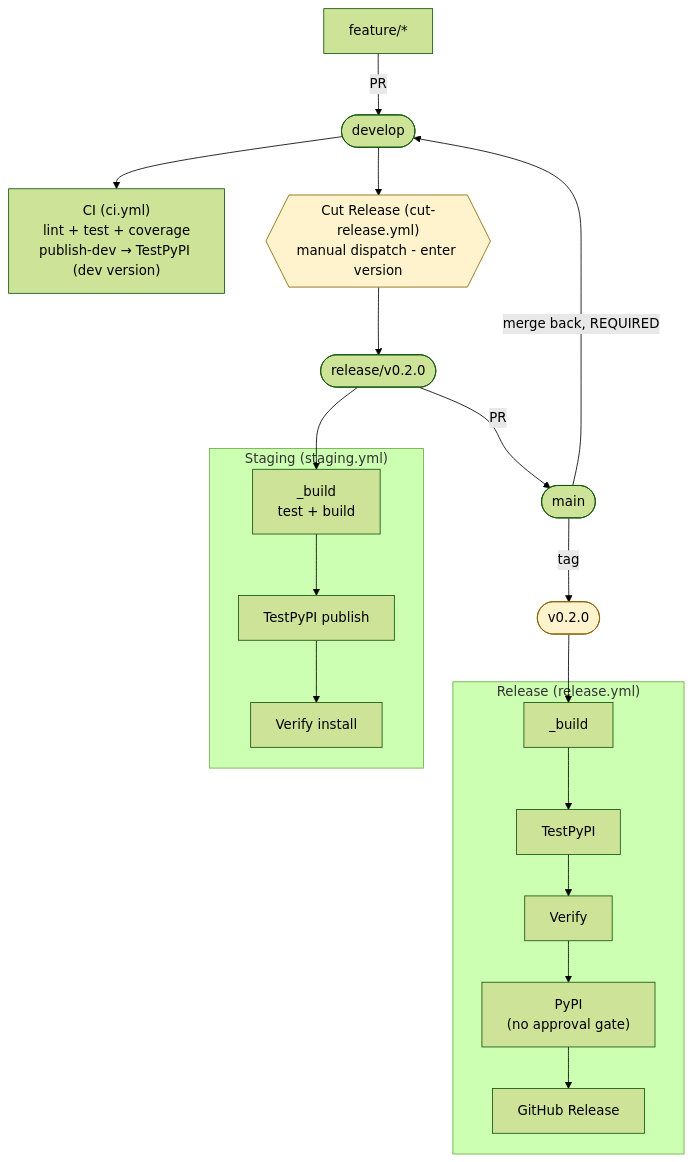
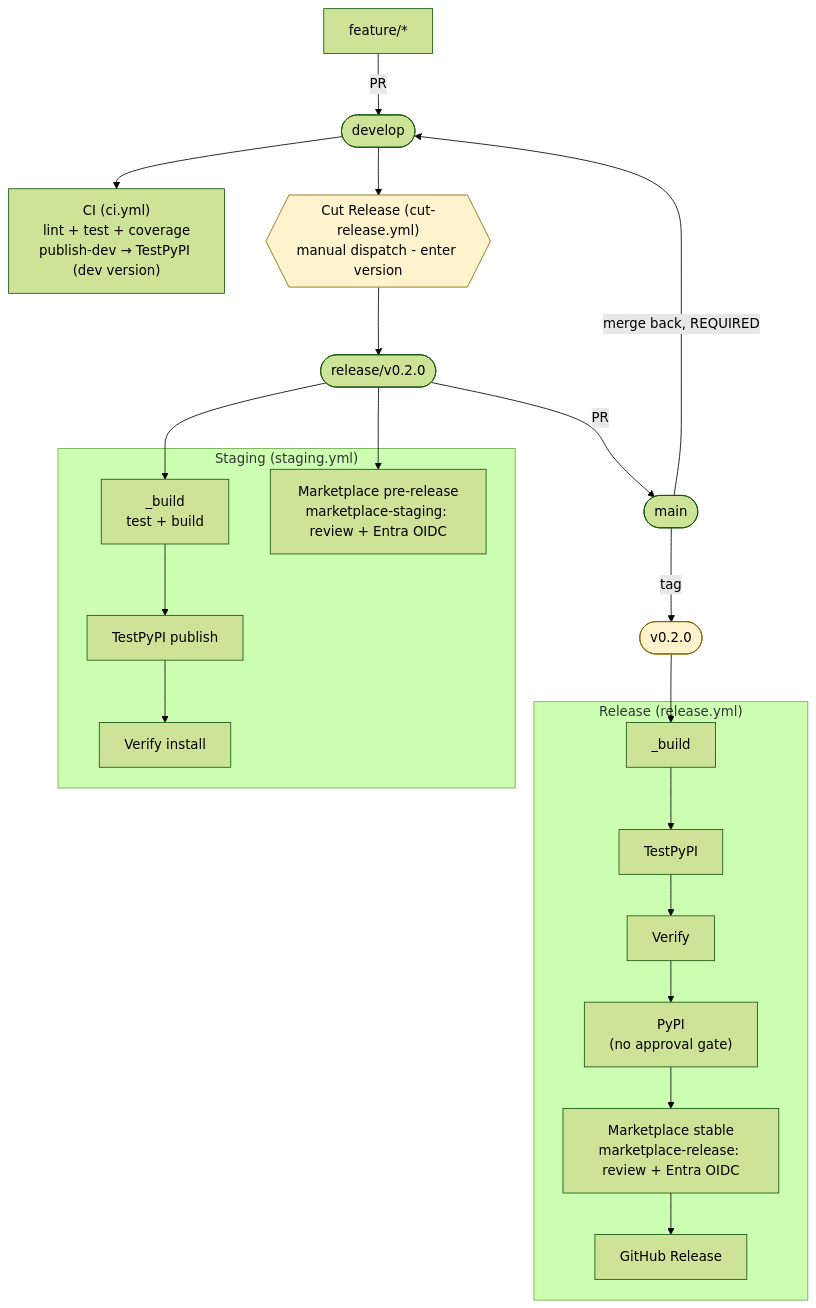
The third of 3 diagrams in docs/release-process.md (Azure/agentops), drawn with Mermaid (forest theme) before and after one commit. The commit also changed other lines of this file and 12 other files, not shown here.

First line of the commit message:
ci: replace Marketplace PAT with Entra OIDC publishing

````diff
--- a/docs/release-process.md
+++ b/docs/release-process.md
@@ -931,39 +1060,43 @@
 ```mermaid
 flowchart TD
     feat["feature/*"] -->|PR| develop(["develop"])
     develop --> ci["CI (ci.yml)<br/>lint + test + coverage<br/>publish-dev → TestPyPI (dev version)"]
     develop --> cut{{"Cut Release (cut-release.yml)<br/>manual dispatch - enter version"}}
     cut --> rel(["release/v0.2.0"])
 
     rel --> stagingBuild["_build<br/>test + build"]
     stagingBuild --> stagingTest["TestPyPI publish"]
     stagingTest --> stagingVerify["Verify install"]
+    rel --> stagingVsix["Marketplace pre-release<br/>marketplace-staging: review + Entra OIDC"]
 
     rel -->|PR| main(["main"])
     main -->|tag| tag(["v0.2.0"])
 
     tag --> relBuild["_build"]
     relBuild --> relTest["TestPyPI"]
     relTest --> relVerify["Verify"]
     relVerify --> relPypi["PyPI<br/>(no approval gate)"]
-    relPypi --> relGh["GitHub Release"]
+    relPypi --> relVsix["Marketplace stable<br/>marketplace-release: review + Entra OIDC"]
+    relVsix --> relGh["GitHub Release"]
 
     main -->|merge back, REQUIRED| develop
 
     subgraph Staging["Staging (staging.yml)"]
         stagingBuild
         stagingTest
         stagingVerify
+        stagingVsix
     end
 
     subgraph Release["Release (release.yml)"]
         relBuild
         relTest
         relVerify
         relPypi
+        relVsix
         relGh
     end
 
     classDef gate fill:#fff3cd,stroke:#856404,color:#000;
     class cut,tag gate;
 ```
````
